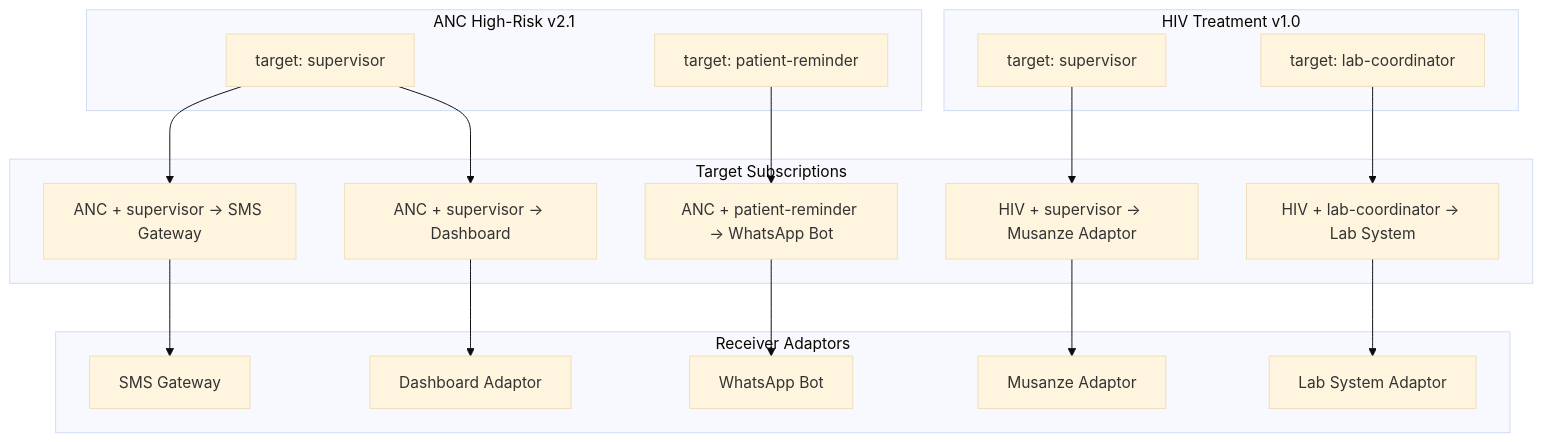
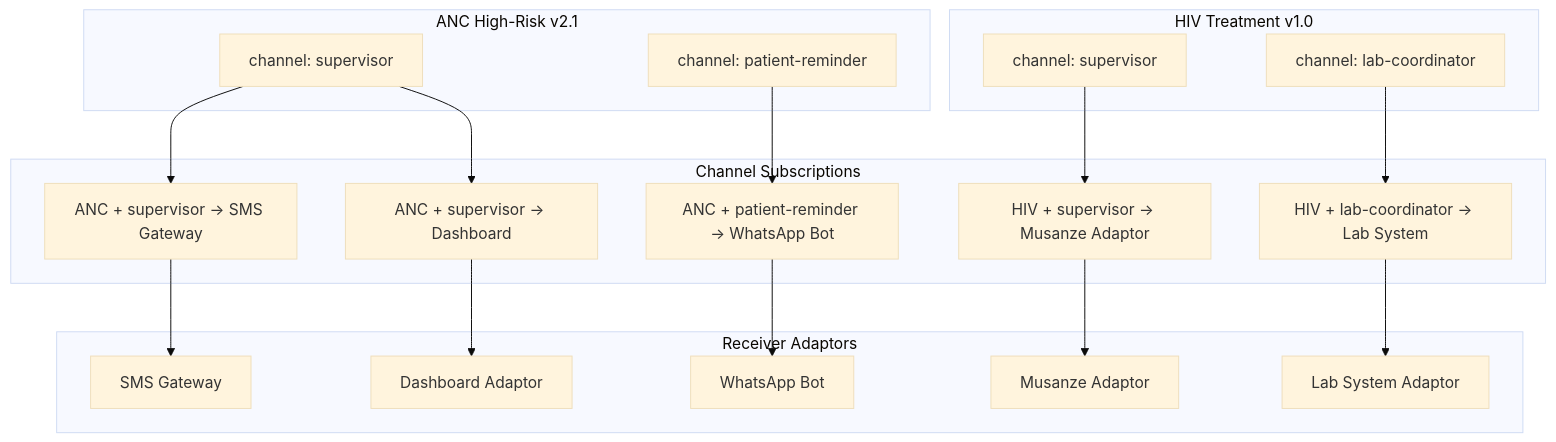
One commit to Jayaprakash8887/cce-intelligence-service changed the fifth of 13 diagrams in docs/flow-diagrams.md. Above: the diagram before and after it, drawn with Mermaid (base theme). The commit also changed other lines of this file and 6 other files, not shown here.

Commit message:
documentation update with channel instead of target and FHIR rep of receiver adaptors

````diff
--- a/docs/flow-diagrams.md
+++ b/docs/flow-diagrams.md
@@ -139,34 +165,34 @@
 ```mermaid
 flowchart TD
     subgraph "ANC High-Risk v2.1"
-        T1["target: supervisor"]
-        T2["target: patient-reminder"]
+        P1T1["channel: supervisor"]
+        P1T2["channel: patient-reminder"]
     end
 
     subgraph "HIV Treatment v1.0"
-        T3["target: supervisor"]
-        T4["target: lab-coordinator"]
+        P2T1["channel: supervisor"]
+        P2T2["channel: lab-coordinator"]
     end
 
-    subgraph Target Subscriptions
+    subgraph Channel Subscriptions
         TS1["ANC + supervisor → SMS Gateway"]
         TS2["ANC + supervisor → Dashboard"]
         TS3["ANC + patient-reminder → WhatsApp Bot"]
         TS4["HIV + supervisor → Musanze Adaptor"]
         TS5["HIV + lab-coordinator → Lab System"]
     end
 
     subgraph Receiver Adaptors
         A1["SMS Gateway"]
         A2["Dashboard Adaptor"]
         A3["WhatsApp Bot"]
         A4["Musanze Adaptor"]
         A5["Lab System Adaptor"]
     end
 
-    T1 --> TS1 --> A1
-    T1 --> TS2 --> A2
-    T2 --> TS3 --> A3
-    T3 --> TS4 --> A4
-    T4 --> TS5 --> A5
+    P1T1 --> TS1 --> A1
+    P1T1 --> TS2 --> A2
+    P1T2 --> TS3 --> A3
+    P2T1 --> TS4 --> A4
+    P2T2 --> TS5 --> A5
 ```
````
